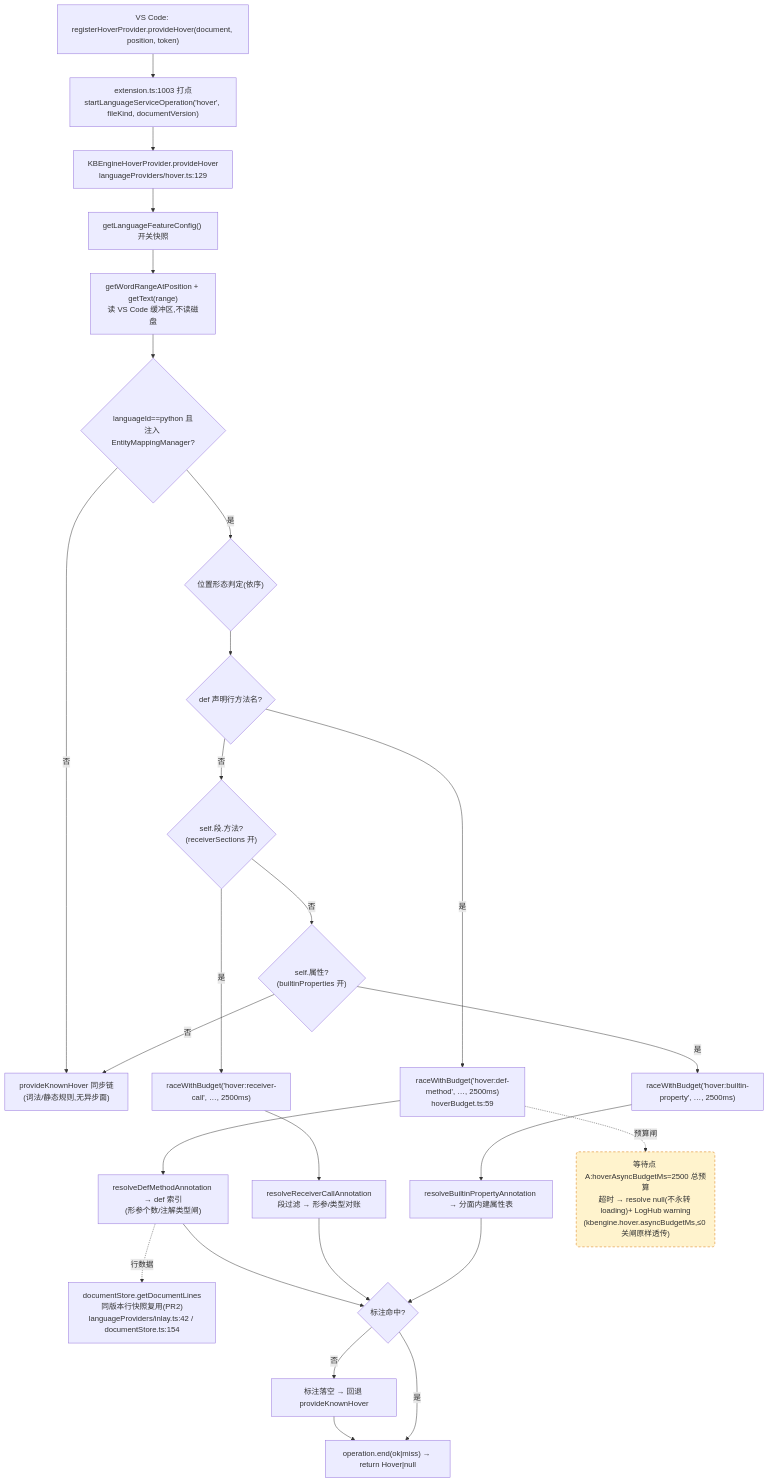
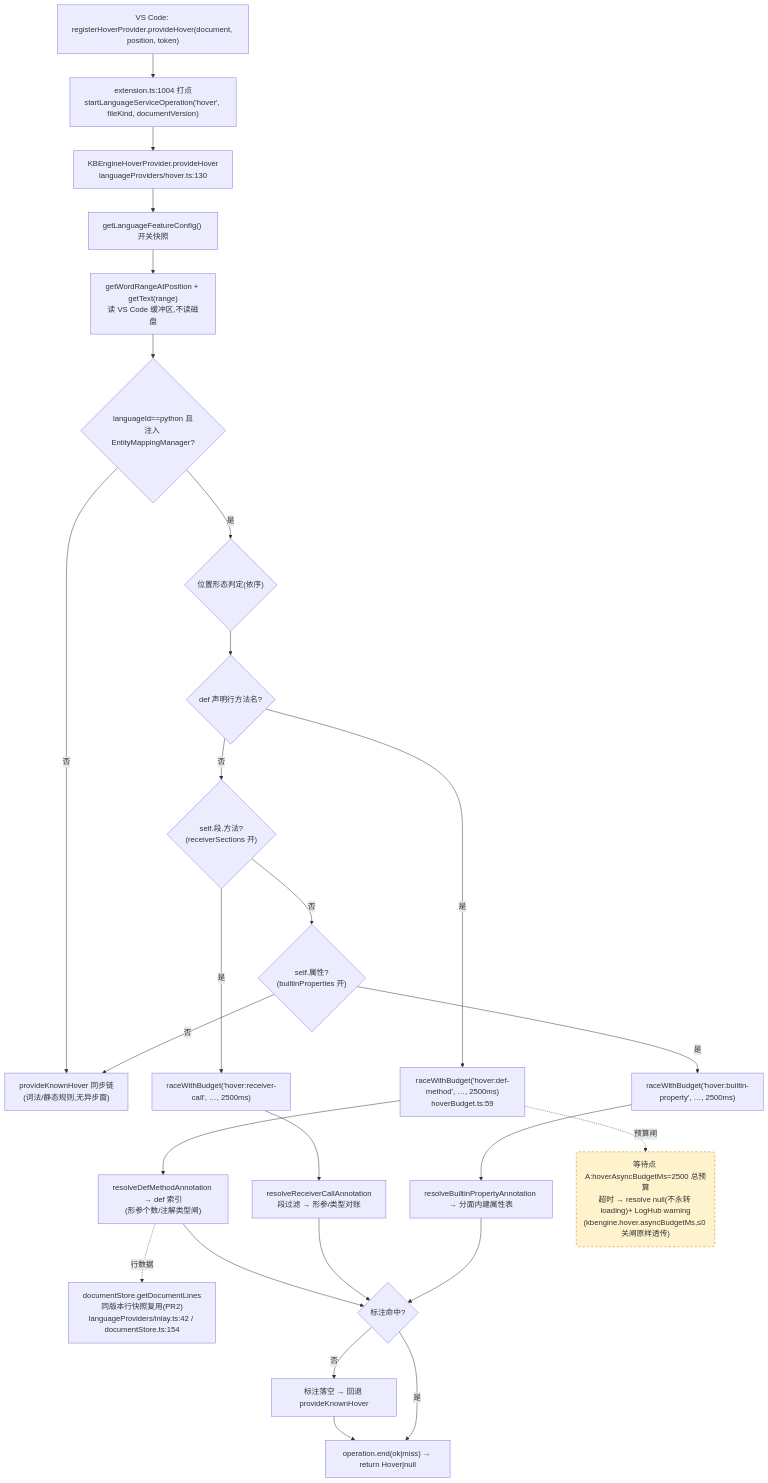
The first of 4 diagrams in docs/perf/2026-baseline.md (cuihairu/kode), drawn with Mermaid before and after one commit. The commit also changed other lines of this file and 28 other files, not shown here.

````diff
--- a/docs/perf/2026-baseline.md
+++ b/docs/perf/2026-baseline.md
@@ -82,45 +82,45 @@
 ```mermaid
 flowchart TD
   VC1["VS Code: registerHoverProvider.provideHover(document, position, token)"]
-  M1["extension.ts:1003 打点<br/>startLanguageServiceOperation('hover', fileKind, documentVersion)"]
-  HP["KBEngineHoverProvider.provideHover<br/>languageProviders/hover.ts:129"]
+  M1["extension.ts:1004 打点<br/>startLanguageServiceOperation('hover', fileKind, documentVersion)"]
+  HP["KBEngineHoverProvider.provideHover<br/>languageProviders/hover.ts:130"]
   CFG["getLanguageFeatureConfig() 开关快照"]
   WORD["getWordRangeAtPosition + getText(range)<br/>读 VS Code 缓冲区,不读磁盘"]
   BR{"languageId==python 且<br/>注入 EntityMappingManager?"}
   KN["provideKnownHover 同步链<br/>(词法/静态规则,无异步面)"]
   POS{"位置形态判定(依序)"}
   D1{"def 声明行方法名?"}
   D2{"self.段.方法?<br/>(receiverSections 开)"}
   D3{"self.属性?<br/>(builtinProperties 开)"}
   RA1["raceWithBudget('hover:def-method', …, 2500ms)<br/>hoverBudget.ts:59"]
   RA2["raceWithBudget('hover:receiver-call', …, 2500ms)"]
   RA3["raceWithBudget('hover:builtin-property', …, 2500ms)"]
   RS1["resolveDefMethodAnnotation → def 索引<br/>(形参个数/注解类型闸)"]
   RS2["resolveReceiverCallAnnotation<br/>段过滤 → 形参/类型对账"]
   RS3["resolveBuiltinPropertyAnnotation → 分面内建属性表"]
   LINES["documentStore.getDocumentLines<br/>同版本行快照复用(PR2)<br/>languageProviders/inlay.ts:42 / documentStore.ts:154"]
   MISS["标注落空 → 回退 provideKnownHover"]
   END1["operation.end(ok|miss) → return Hover|null"]
 
   VC1 --> M1 --> HP --> CFG --> WORD --> BR
   BR -- "否" --> KN
   BR -- "是" --> POS --> D1
   D1 -- "是" --> RA1 --> RS1
   D1 -- "否" --> D2
   D2 -- "是" --> RA2 --> RS2
   D2 -- "否" --> D3
   D3 -- "是" --> RA3 --> RS3
   D3 -- "否" --> KN
   RS1 --> HIT{"标注命中?"}
   RS2 --> HIT
   RS3 --> HIT
   RS1 -.->|行数据| LINES
   HIT -- "否" --> MISS --> END1
   HIT -- "是" --> END1
 
   WAITA("等待点 A:hoverAsyncBudgetMs=2500 总预算<br/>超时 → resolve null(不永转 loading)+ LogHub warning<br/>(kbengine.hover.asyncBudgetMs,≤0 关闸原样透传)")
   RA1 -.->|预算闸| WAITA
 
   classDef waitPoint fill:#fff3cd,stroke:#d97706,stroke-dasharray:5 4;
   class WAITA waitPoint;
 ```
````
